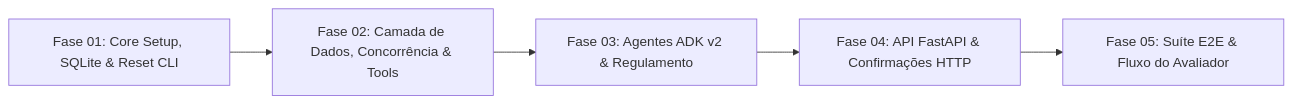
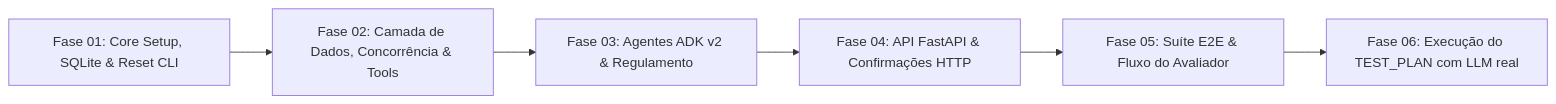
The diagram in docs/project-plan.md (LucasGauterio/mba-ia-desafio-criacao-agente), drawn with Mermaid before and after one commit. The commit also changed other lines of this file and 9 other files, not shown here.

First line of the commit message:
feat(phase-06): cria a fase de execucao automatizada do TEST_PLAN.md

````diff
--- a/docs/project-plan.md
+++ b/docs/project-plan.md
@@ -10,7 +10,8 @@
 ```mermaid
 flowchart LR
     P1["Fase 01: Core Setup, SQLite & Reset CLI"] --> P2["Fase 02: Camada de Dados, Concorrência & Tools"]
     P2 --> P3["Fase 03: Agentes ADK v2 & Regulamento"]
     P3 --> P4["Fase 04: API FastAPI & Confirmações HTTP"]
     P4 --> P5["Fase 05: Suíte E2E & Fluxo do Avaliador"]
+    P5 --> P6["Fase 06: Execução do TEST_PLAN com LLM real"]
 ```
````
